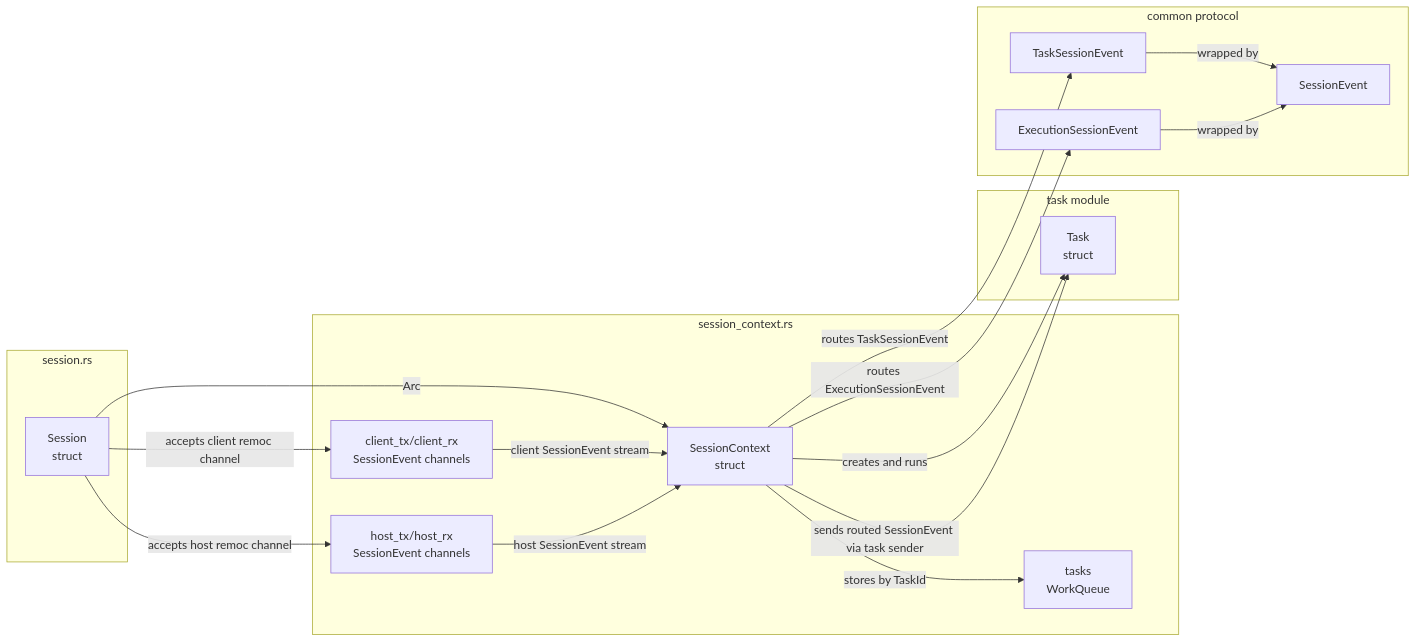
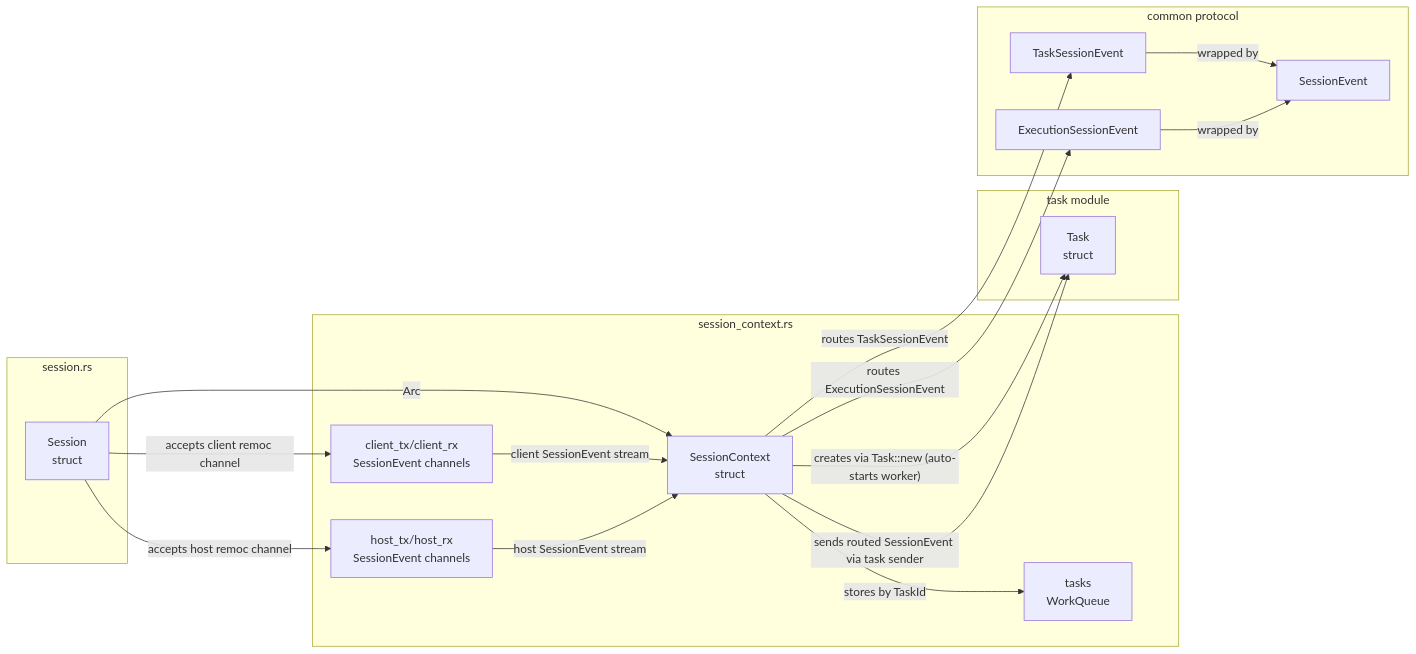
The diagram in src/agent/session/.workflow.mmd (DexterDreeeam/Marix), drawn with Mermaid before and after one commit. The commit also changed 44 other files, not shown here.

```diff
--- a/src/agent/session/.workflow.mmd
+++ b/src/agent/session/.workflow.mmd
@@ -1,35 +1,35 @@
 flowchart LR
-  %% mod.rs only declares child files and re-exports Session and SessionContext.
+  %% mod.rs only declares child files and re-exports Session and SessionContext; Session::new spawns the client and host workers directly (no separate run).
   subgraph session_rs[session.rs]
     Session["Session\nstruct"]
   end
 
   subgraph session_context_rs[session_context.rs]
     SessionContext["SessionContext\nstruct"]
     Tasks["tasks\nWorkQueue<TaskId, Task>"]
     ClientChannel["client_tx/client_rx\nSessionEvent channels"]
     HostChannel["host_tx/host_rx\nSessionEvent channels"]
   end
 
   subgraph task_module[task module]
     Task["Task\nstruct"]
   end
 
   subgraph common_protocol[common protocol]
     SessionEvent["SessionEvent"]
     TaskSessionEvent["TaskSessionEvent"]
     ExecutionSessionEvent["ExecutionSessionEvent"]
   end
 
   Session -->|"Arc<SessionContext>"| SessionContext
   Session -->|"accepts client remoc channel"| ClientChannel
   Session -->|"accepts host remoc channel"| HostChannel
   ClientChannel -->|"client SessionEvent stream"| SessionContext
   HostChannel -->|"host SessionEvent stream"| SessionContext
-  SessionContext -->|"creates and runs"| Task
+  SessionContext -->|"creates via Task::new (auto-starts worker)"| Task
   SessionContext -->|"stores by TaskId"| Tasks
   SessionContext -->|"routes TaskSessionEvent"| TaskSessionEvent
   SessionContext -->|"routes ExecutionSessionEvent"| ExecutionSessionEvent
   TaskSessionEvent -->|"wrapped by"| SessionEvent
   ExecutionSessionEvent -->|"wrapped by"| SessionEvent
   SessionContext -->|"sends routed SessionEvent via task sender"| Task
```
